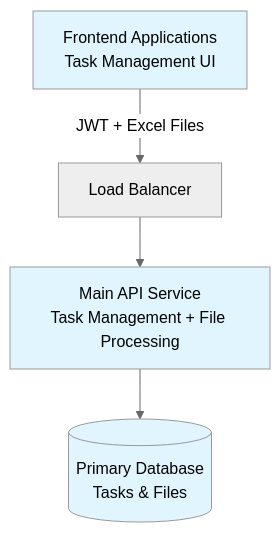
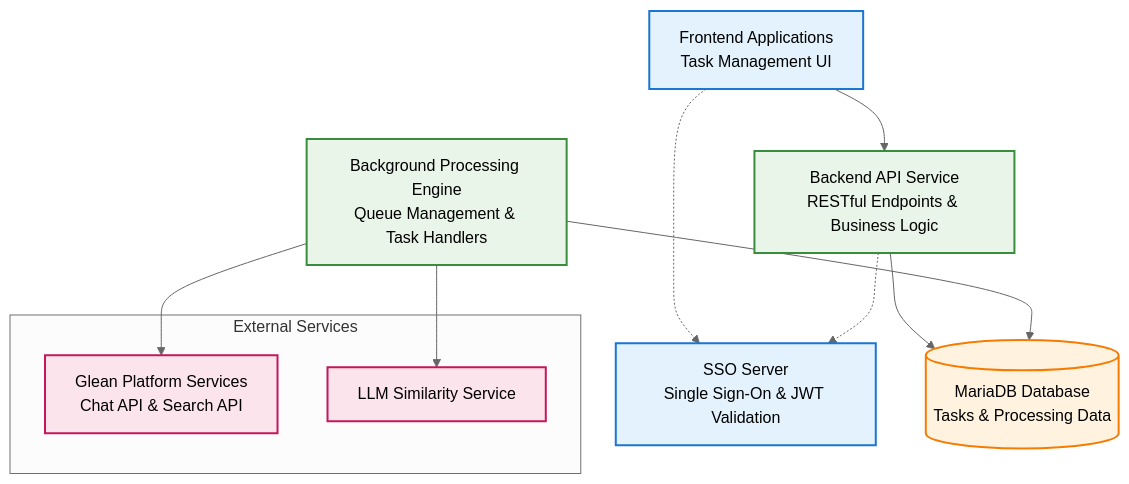
One commit to andrewhzy/cursor-learn changed the first of 3 diagrams in docs/README.md. Above: the diagram before and after it, drawn with Mermaid (neutral theme). The commit also changed other lines of this file and 2 other files, not shown here.

First line of the commit message:
Enhance README and remove obsolete sequence diagram files

````diff
--- a/docs/README.md
+++ b/docs/README.md
@@ -24,14 +24,39 @@
 ```mermaid
 graph TB
+    %% User Interface Layer
     FE[Frontend Applications<br/>Task Management UI]
-    LB[Load Balancer]
-    API[Main API Service<br/>Task Management + File Processing]
-    DB[(Primary Database<br/>Tasks & Files)]
+    SSO[SSO Server<br/>Single Sign-On & JWT Validation]
     
-    FE -->|JWT + Excel Files| LB
-    LB --> API
+    %% Core Services
+    API[Backend API Service<br/>RESTful Endpoints & Business Logic]
+    BGP[Background Processing Engine<br/>Queue Management & Task Handlers]
+    
+    %% External Services
+    subgraph "External Services"
+        Glean[Glean Platform Services<br/>Chat API & Search API]
+        LLM[LLM Similarity Service]
+    end
+    
+    %% Data Layer
+    DB[(MariaDB Database<br/>Tasks & Processing Data)]
+    
+    %% High-level connections (simplified)
+    FE --> API
+    FE -.-> SSO
+    API -.-> SSO
     API --> DB
+    BGP --> DB
+    BGP --> Glean
+    BGP --> LLM
     
-    classDef internal fill:#e1f5fe
-    class FE,API,DB internal
+    %% Styling
+    classDef frontend fill:#e3f2fd,stroke:#1976d2,stroke-width:2px
+    classDef backend fill:#e8f5e8,stroke:#388e3c,stroke-width:2px
+    classDef external fill:#fce4ec,stroke:#c2185b,stroke-width:2px
+    classDef database fill:#fff3e0,stroke:#f57c00,stroke-width:2px
+    
+    class FE,SSO frontend
+    class API,BGP backend
+    class Glean,LLM external
+    class DB database
 ```
````
